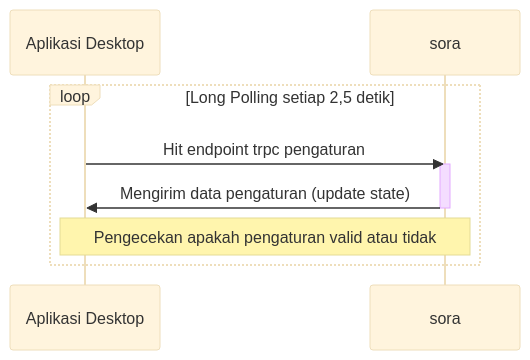
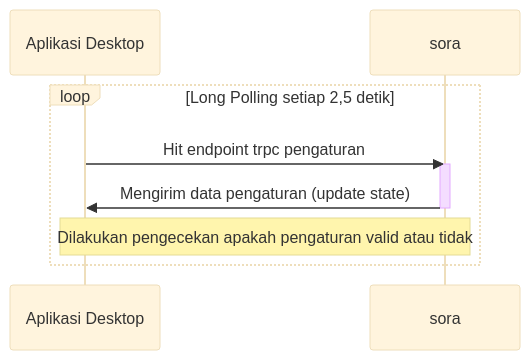
Before and after one commit to sora-vp/baseline: the second of 6 diagrams in ARCHITECTURE.md, drawn with Mermaid (base theme). The commit also changed other lines of this file, not shown here.

````diff
--- a/ARCHITECTURE.md
+++ b/ARCHITECTURE.md
@@ -39,13 +39,13 @@
 ```mermaid
 sequenceDiagram
     participant D as Aplikasi Desktop
     participant S as sora
 
     loop Long Polling setiap 2,5 detik
         D->>S: Hit endpoint trpc pengaturan
         activate S
         S->>D: Mengirim data pengaturan (update state)
         deactivate S
-        Note over D,S: Pengecekan apakah pengaturan valid atau tidak
+        Note over D,S: Dilakukan pengecekan apakah pengaturan valid atau tidak
     end
 ```
````
